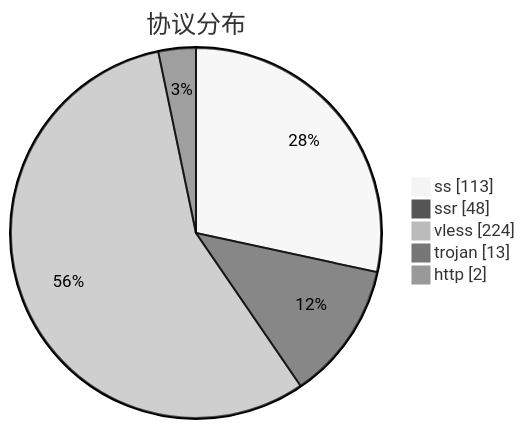
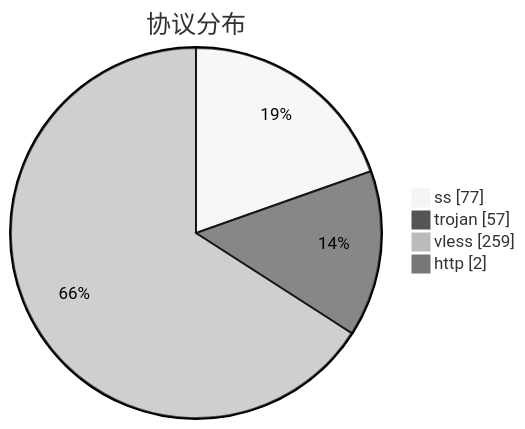
The third of 3 diagrams in subs/statistics/tested_within.md (qjlxg/airport), drawn with Mermaid (neutral theme) before and after one commit. The commit also changed other lines of this file and 2 other files, not shown here.

````diff
--- a/subs/statistics/tested_within.md
+++ b/subs/statistics/tested_within.md
@@ -18,9 +19,8 @@
 ```mermaid
 pie showData
 title 协议分布
-"ss" : 113
-"ssr" : 48
-"vless" : 224
-"trojan" : 13
+"ss" : 77
+"trojan" : 57
+"vless" : 259
 "http" : 2
 ```
````
